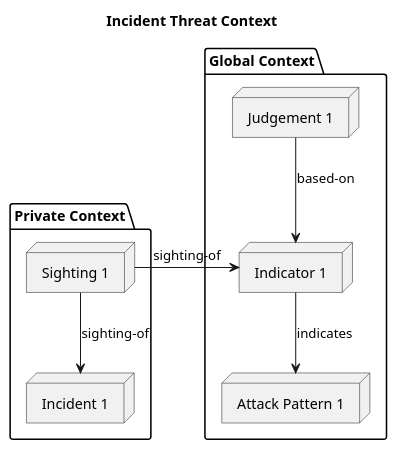
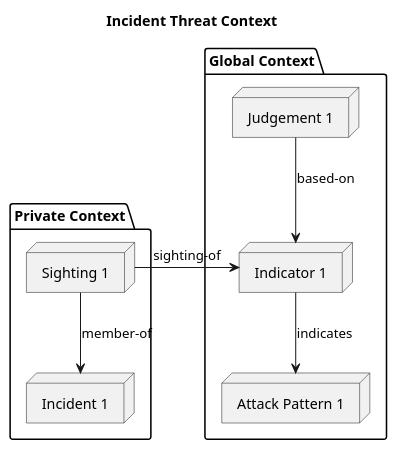
Before and after one commit to threatgrid/ctim: the first of 3 diagrams in doc/tutorials/threat-context/incident-threat-context.org, drawn with PlantUML. The commit also changed other lines of this file and 3 other files, not shown here.

```diff
--- a/doc/tutorials/threat-context/incident-threat-context.org
+++ b/doc/tutorials/threat-context/incident-threat-context.org
@@ -10,18 +10,18 @@
 #+begin_src plantuml :file threat-context.png
 title Incident Threat Context
 
 package "Private Context" {
   node "Incident 1" as incident_1
   node "Sighting 1" as sighting_1
 }
 package "Global Context" {
  node "Indicator 1" as indicator_1
  node "Judgement 1" as judgement_1
  node "Attack Pattern 1" as attack_pattern_1
 }
 
-sighting_1  --> incident_1       : sighting-of
+sighting_1  --> incident_1       : member-of
 sighting_1  -> indicator_1       : sighting-of
 judgement_1 --> indicator_1      : based-on
 indicator_1 --> attack_pattern_1 : indicates
 #+end_src
```
